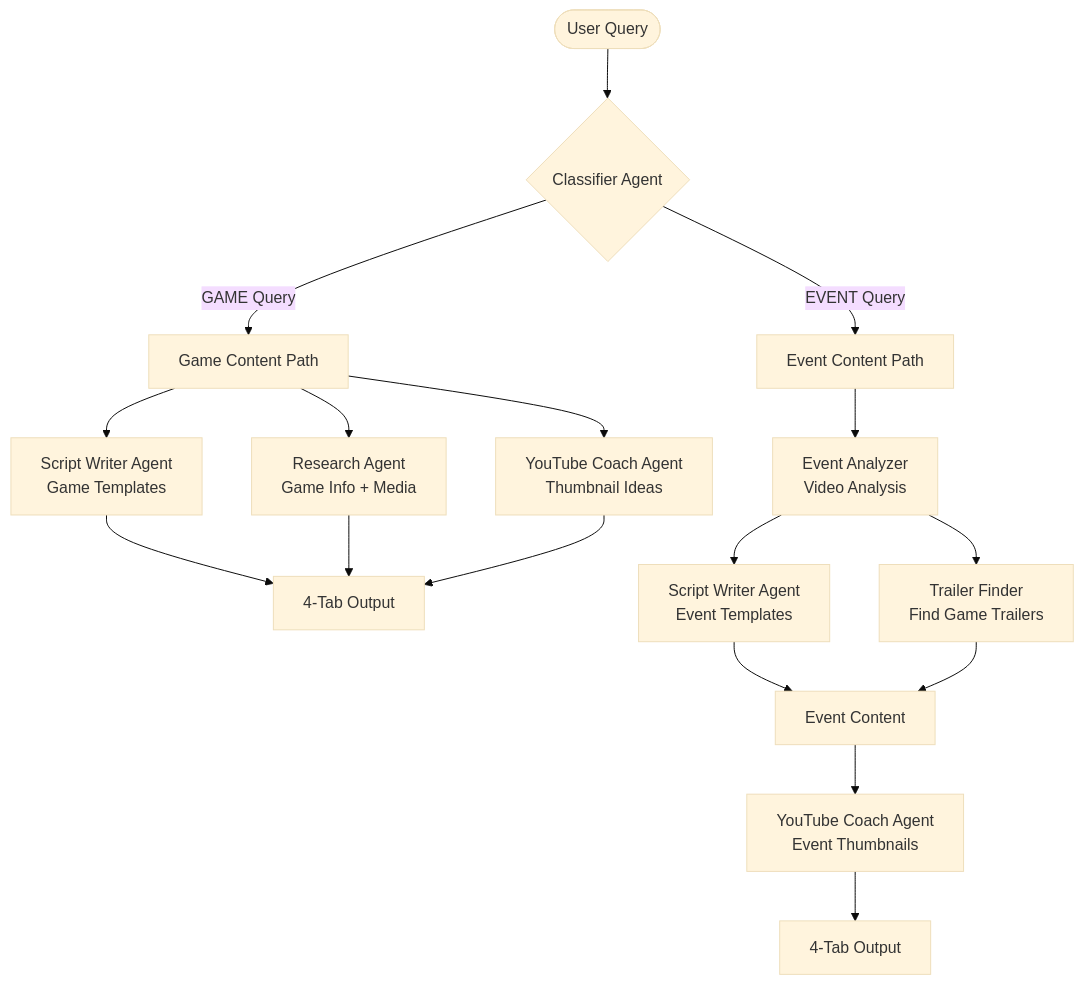
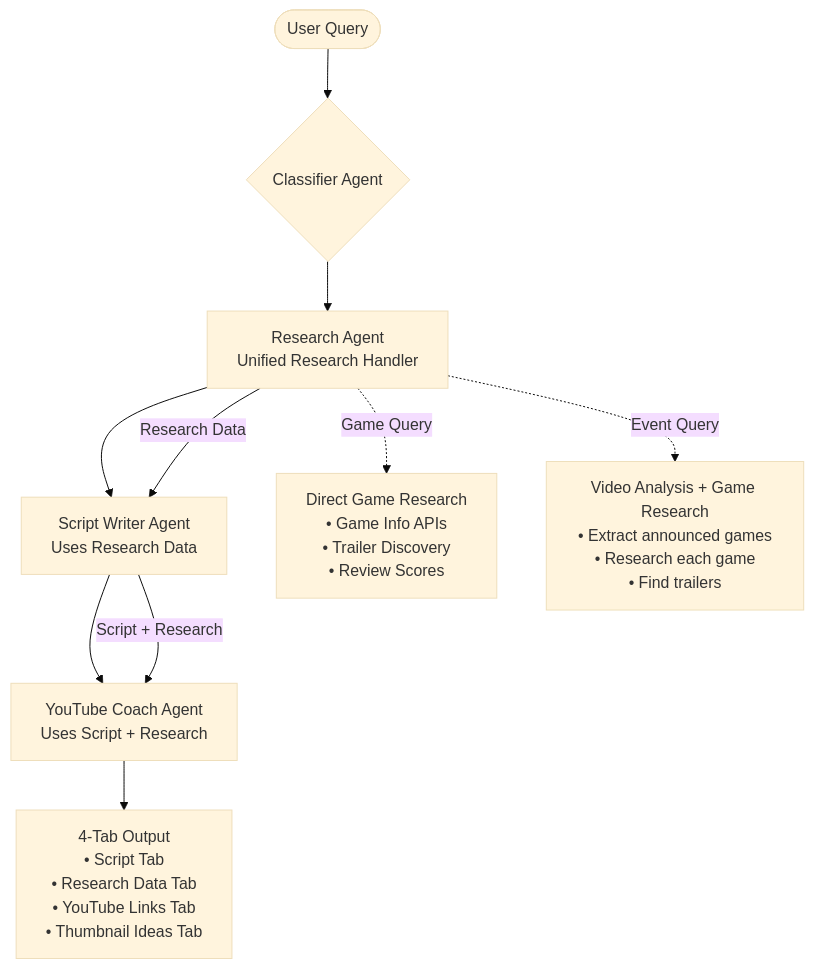
One commit to noxouille/gamecraft-ai changed the diagram in README.md. Above: the diagram before and after it, drawn with Mermaid (base theme). The commit also changed other lines of this file and 10 other files, not shown here.

````diff
--- a/README.md
+++ b/README.md
@@ -269,26 +267,18 @@
 ```mermaid
 graph TD
     Start([User Query]) --> Classifier{Classifier Agent}
 
-    Classifier -->|GAME Query| GamePath[Game Content Path]
-    Classifier -->|EVENT Query| EventPath[Event Content Path]
+    Classifier --> ResearchAgent[Research Agent<br/>Unified Research Handler]
+    ResearchAgent --> ScriptWriter[Script Writer Agent<br/>Uses Research Data]
+    ScriptWriter --> YouTubeCoach[YouTube Coach Agent<br/>Uses Script + Research]
 
-    %% Game Content Path (Parallel Processing)
-    GamePath --> ScriptWriter1[Script Writer Agent<br/>Game Templates]
-    GamePath --> ResearchAgent[Research Agent<br/>Game Info + Media]
-    GamePath --> YouTubeCoach1[YouTube Coach Agent<br/>Thumbnail Ideas]
+    YouTubeCoach --> FinalOutput[4-Tab Output<br/>• Script Tab<br/>• Research Data Tab<br/>• YouTube Links Tab<br/>• Thumbnail Ideas Tab]
 
-    ScriptWriter1 --> GameOutput[4-Tab Output]
-    ResearchAgent --> GameOutput
-    YouTubeCoach1 --> GameOutput
+    %% Research Agent handles both content types internally
+    ResearchAgent -.->|Game Query| GameFlow[Direct Game Research<br/>• Game Info APIs<br/>• Trailer Discovery<br/>• Review Scores]
+    ResearchAgent -.->|Event Query| EventFlow[Video Analysis + Game Research<br/>• Extract announced games<br/>• Research each game<br/>• Find trailers]
 
-    %% Event Content Path (Sequential + Final Parallel)
-    EventPath --> EventAnalyzer[Event Analyzer<br/>Video Analysis]
-    EventAnalyzer --> ScriptWriter2[Script Writer Agent<br/>Event Templates]
-    EventAnalyzer --> TrailerFinder[Trailer Finder<br/>Find Game Trailers]
-
-    ScriptWriter2 --> EventOutput[Event Content]
-    TrailerFinder --> EventOutput
-    EventOutput --> YouTubeCoach2[YouTube Coach Agent<br/>Event Thumbnails]
-    YouTubeCoach2 --> EventFinalOutput[4-Tab Output]
+    %% Data flow annotations
+    ResearchAgent -->|Research Data| ScriptWriter
+    ScriptWriter -->|Script + Research| YouTubeCoach
 ```
````
